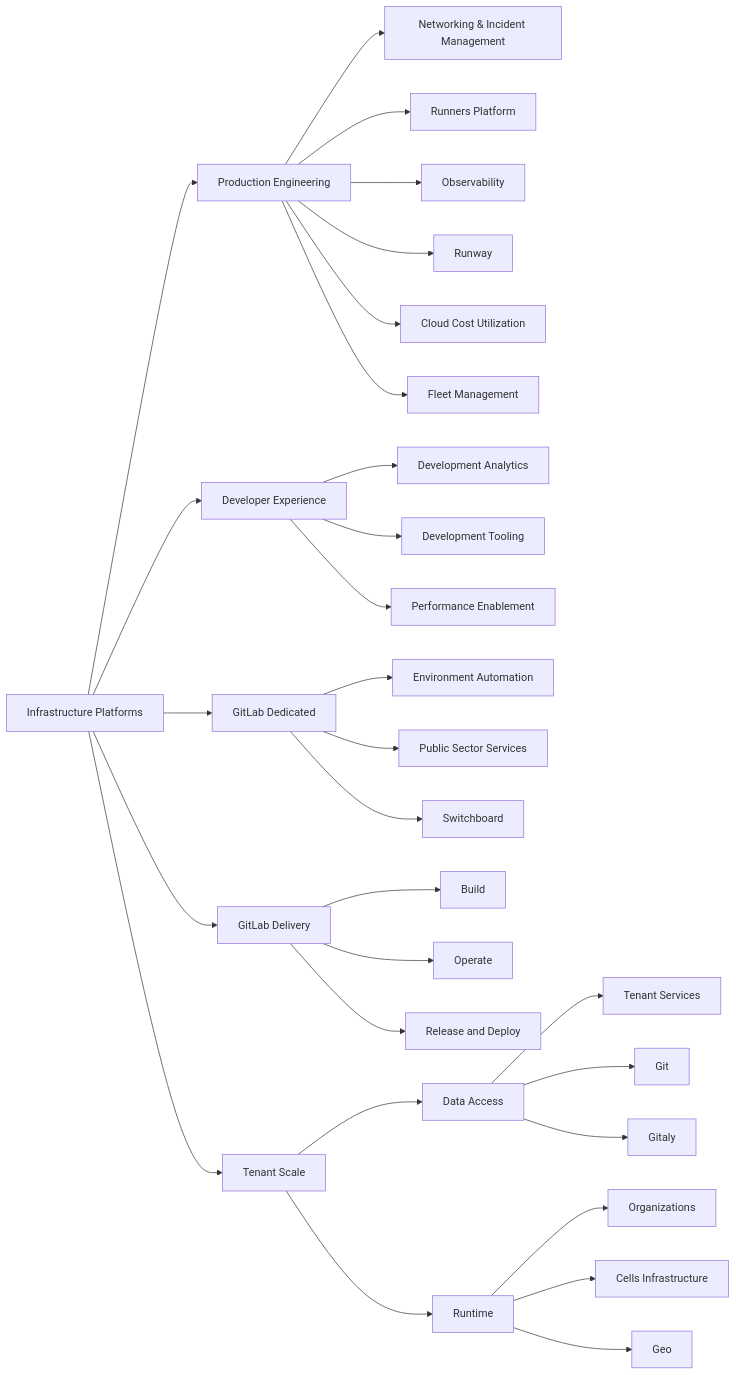
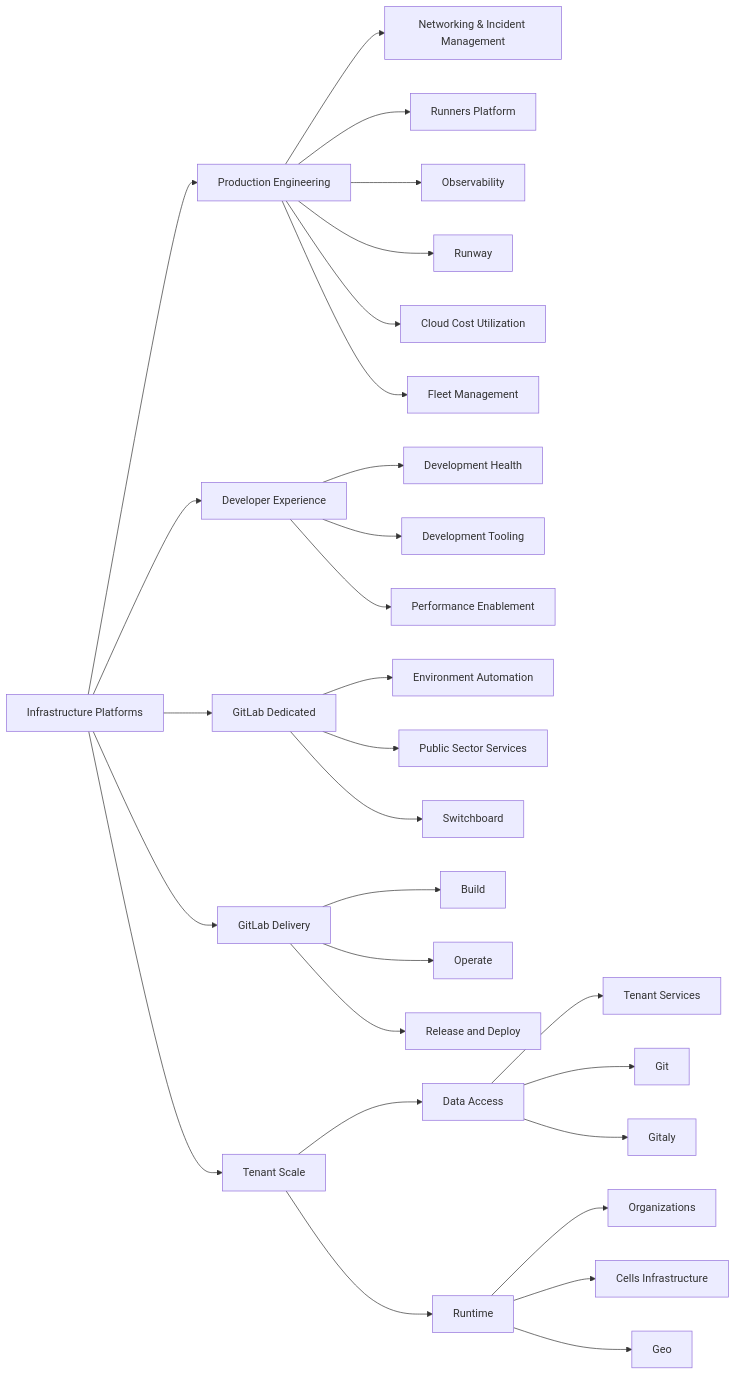
The diagram in content/handbook/engineering/infrastructure-platforms/_index.md (kyama0/gitlab-handbook-ja), drawn with Mermaid before and after one commit. The commit also changed other lines of this file and 11 other files, not shown here.

````diff
--- a/content/handbook/engineering/infrastructure-platforms/_index.md
+++ b/content/handbook/engineering/infrastructure-platforms/_index.md
@@ -36,71 +36,71 @@
 ```mermaid
 flowchart LR
     I[Infrastructure Platforms]
     click I "/handbook/engineering/infrastructure-platforms/"
 
     I --> DE[Developer Experience]
     click DE "/handbook/engineering/infrastructure-platforms/developer-experience/"
 
     I --> GD[GitLab Dedicated]
     click GD "/handbook/engineering/infrastructure-platforms/gitlab-dedicated/"
     I --> PRODENG[Production Engineering]
     click PRODENG "/handbook/engineering/infrastructure-platforms/production-engineering/"
     I --> SD[GitLab Delivery]
     click SD "/handbook/engineering/infrastructure-platforms/gitlab-delivery/"
     I --> TS[Tenant Scale]
     click TS "/handbook/engineering/infrastructure-platforms/tenant-scale/"
 
     PRODENG --> NIM[Networking & Incident Management]
     click NIM "/handbook/engineering/infrastructure-platforms/production-engineering/networking-and-incident-management/"
     PRODENG --> Runners[Runners Platform]
     click Runners "/handbook/engineering/infrastructure-platforms/production-engineering/runners-platform/"
     PRODENG --> Observability
     click Observability "/handbook/engineering/infrastructure-platforms/production-engineering/observability/"
     PRODENG --> Runway
     click Runway "/handbook/engineering/infrastructure-platforms/gitlab-delivery/runway/"
     PRODENG --> CCU[Cloud Cost Utilization]
     click CCU "/handbook/engineering/infrastructure-platforms/production-engineering/cloud-cost-utilization/"
     PRODENG --> Fleet[Fleet Management]
     click Fleet "/handbook/engineering/infrastructure-platforms/production-engineering/fleet-management/"
 
-    DE --> DevA[Development Analytics]
-    click DevA "/handbook/engineering/infrastructure-platforms/developer-experience/development-analytics/"
+    DE --> DevH[Development Health]
+    click DevH "/handbook/engineering/infrastructure-platforms/developer-experience/development-health/"
 
     DE --> DT[Development Tooling]
     click DT "/handbook/engineering/infrastructure-platforms/developer-experience/development-tooling/"
     DE --> PER[Performance Enablement]
     click PER "/handbook/engineering/infrastructure-platforms/developer-experience/performance-enablement/"
 
     GD --> E[Environment Automation]
     click E "/handbook/engineering/infrastructure-platforms/gitlab-dedicated/environment-automation/"
     GD --> PSS[Public Sector Services]
     click PSS "/handbook/engineering/infrastructure-platforms/gitlab-dedicated/us-public-sector-services/"
     GD --> Switchboard
     click Switchboard "/handbook/engineering/infrastructure-platforms/gitlab-dedicated/switchboard/"
 
     SD --> B[Build]
     click B "/handbook/engineering/infrastructure-platforms/gitlab-delivery/distribution/"
     SD --> Operate
     click Operate "/handbook/engineering/infrastructure-platforms/gitlab-delivery/operate/"
     SD --> R[Release and Deploy]
     click R "/handbook/engineering/infrastructure-platforms/gitlab-delivery/delivery/"
 
     TS --> DA[Data Access]
     click DA "/handbook/engineering/infrastructure-platforms/data-access/"
 
     DA --> TSV[Tenant Services]
     click TSV "/handbook/engineering/infrastructure-platforms/tenant-scale/tenant-services/"
     DA --> Git
     click Git "/handbook/engineering/infrastructure-platforms/tenant-scale/git/"
     DA --> Gitaly
     click Gitaly "/handbook/engineering/infrastructure-platforms/tenant-scale/gitaly/"
 
     TS --> RT[Runtime]
     click RT "/handbook/engineering/infrastructure-platforms/tenant-scale/"
     RT --> Organizations
     click Organizations "/handbook/engineering/infrastructure-platforms/tenant-scale/organizations/"
     RT --> CI[Cells Infrastructure]
     click CI "/handbook/engineering/infrastructure-platforms/tenant-scale/cells-infrastructure/"
     RT --> Geo
     click Geo "/handbook/engineering/infrastructure-platforms/tenant-scale/geo/"
 ```
````
